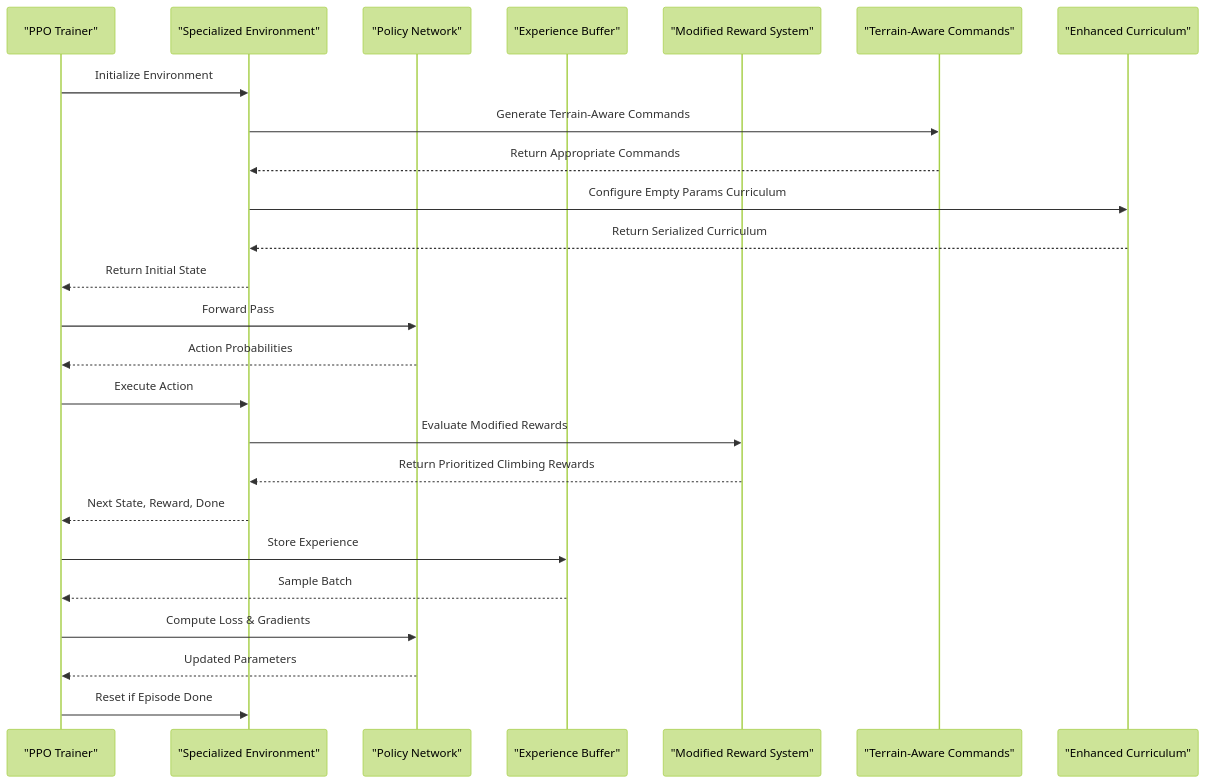
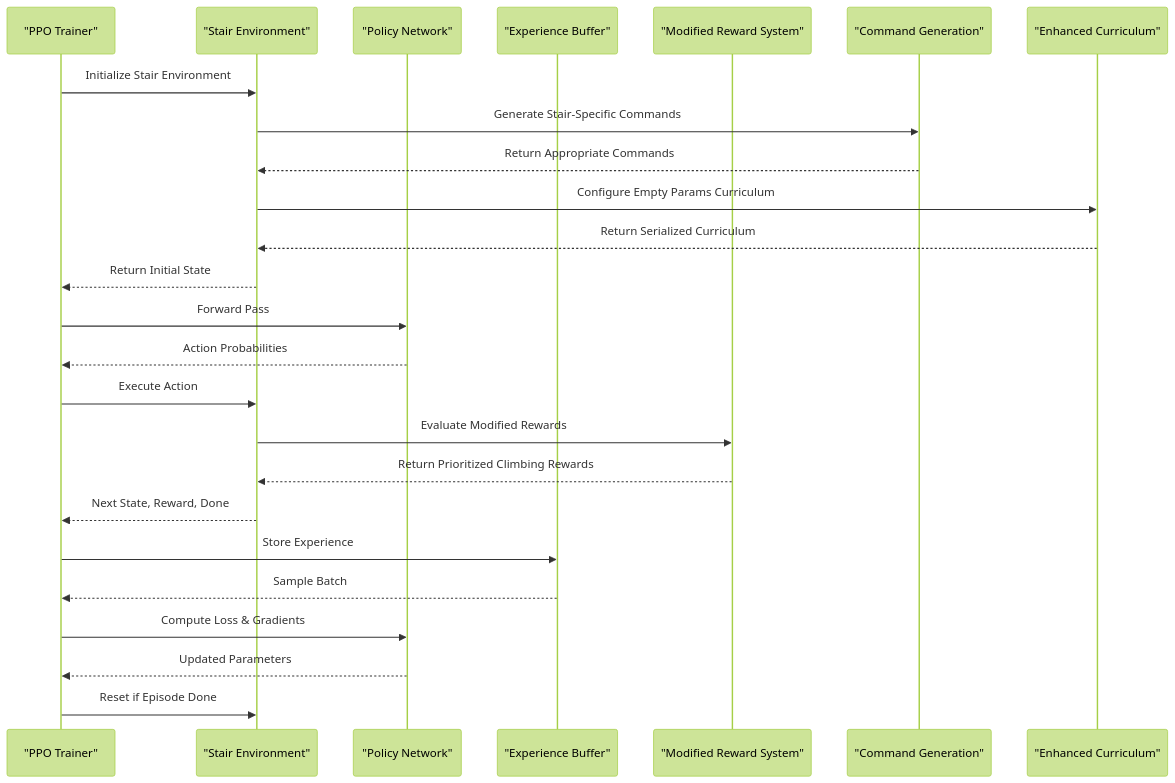
One commit to jayjayhust/robot_lab changed the fifth of 13 diagrams in .qoder/repowiki/en/content/ZSIBOT ZSL1 Stair Climbing Configuration.md. Above: the diagram before and after it, drawn with Mermaid (forest theme). The commit also changed other lines of this file and 14 other files, not shown here.

````diff
--- a/.qoder/repowiki/en/content/ZSIBOT ZSL1 Stair Climbing Configuration.md
+++ b/.qoder/repowiki/en/content/ZSIBOT ZSL1 Stair Climbing Configuration.md
@@ -382,27 +327,27 @@
 ```mermaid
 sequenceDiagram
 participant Trainer as "PPO Trainer"
-participant Env as "Specialized Environment"
+participant Env as "Stair Environment"
 participant Agent as "Policy Network"
 participant Memory as "Experience Buffer"
 participant Rewards as "Modified Reward System"
-participant Commands as "Terrain-Aware Commands"
+participant Commands as "Command Generation"
 participant Curriculum as "Enhanced Curriculum"
-Trainer->>Env : Initialize Environment
-Env->>Commands : Generate Terrain-Aware Commands
+Trainer->>Env : Initialize Stair Environment
+Env->>Commands : Generate Stair-Specific Commands
 Commands-->>Env : Return Appropriate Commands
 Env->>Curriculum : Configure Empty Params Curriculum
 Curriculum-->>Env : Return Serialized Curriculum
 Env-->>Trainer : Return Initial State
 Trainer->>Agent : Forward Pass
 Agent-->>Trainer : Action Probabilities
 Trainer->>Env : Execute Action
 Env->>Rewards : Evaluate Modified Rewards
 Rewards-->>Env : Return Prioritized Climbing Rewards
 Env-->>Trainer : Next State, Reward, Done
 Trainer->>Memory : Store Experience
 Memory-->>Trainer : Sample Batch
 Trainer->>Agent : Compute Loss & Gradients
 Agent-->>Trainer : Updated Parameters
 Trainer->>Env : Reset if Episode Done
 ```
````
